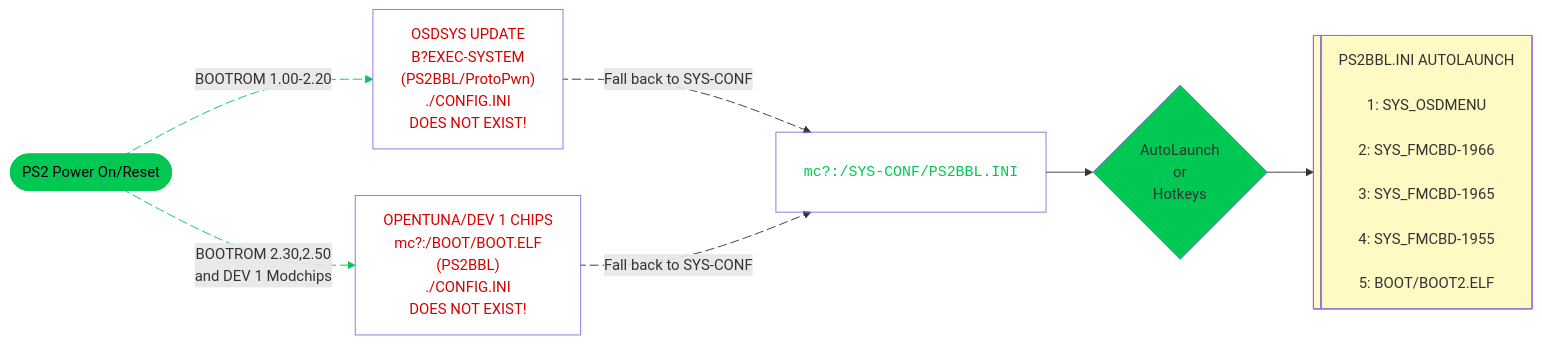
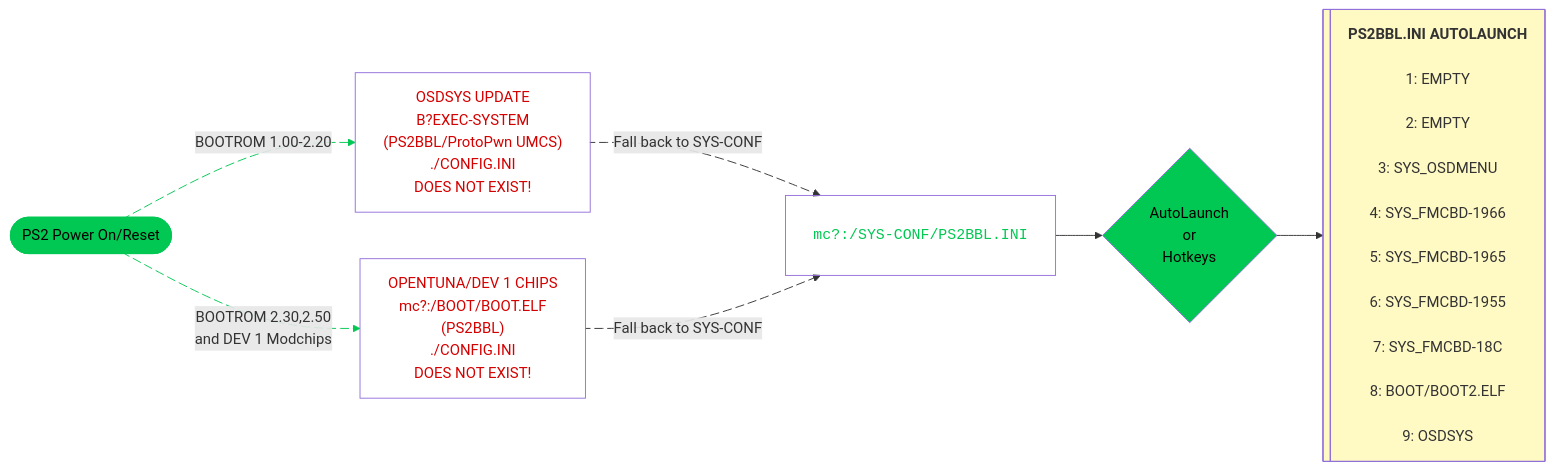
The diagram in docs/umcs/index.md (playerjmr/ps2homebrewstore), drawn with Mermaid before and after one commit. The commit also changed other lines of this file and 2 other files, not shown here.

````diff
--- a/docs/umcs/index.md
+++ b/docs/umcs/index.md
@@ -99,35 +99,35 @@
 ```mermaid
 ---
 config:
   theme: mc
   layout: elk.forced
   look: classic
 ---
 graph LR
-    A(["PS2 Power On/Reset"]) L_A_B_0@-- "BOOTROM 1.00-2.20" --> B["OSDSYS UPDATE<br>B?EXEC-SYSTEM<br>(PS2BBL/ProtoPwn)<br>./CONFIG.INI <br>DOES NOT EXIST!"]
+    A(["PS2 Power On/Reset"]) L_A_B_0@-- "BOOTROM 1.00-2.20" --> B["OSDSYS UPDATE<br>B?EXEC-SYSTEM<br>(PS2BBL/ProtoPwn UMCS)<br>./CONFIG.INI <br>DOES NOT EXIST!"]
     A L_A_n1_0@-- "BOOTROM 2.30,2.50<br>and DEV 1 Modchips" --> n1["OPENTUNA/DEV 1 CHIPS<br>mc?:/BOOT/BOOT.ELF<br>(PS2BBL)<br>./CONFIG.INI <br>DOES NOT EXIST!"]
     B L_B_n5_0@-- "Fall back to SYS-CONF" --> n5@{ label: "<pre style=\"font-family:\"><code style=\"font-family:\">mc?:/SYS-CONF/PS2BBL.INI</code></pre>" }
     n1 L_n1_n5_0@-- "Fall back to SYS-CONF" --> n5
     n5 --> n6["AutoLaunch<br>or<br>Hotkeys"]
-    n6 --> n7@{ label: "<span style=\"color:\">PS2BBL.INI AUTOLAUNCH</span><br style=\"color:\"><br style=\"color:\"><span style=\"color:\">1: SYS_OSDMENU</span><br style=\"color:\"><br style=\"color:\"><span style=\"color:\">2: SYS_FMCBD-1966</span><br style=\"color:\"><br style=\"color:\"><span style=\"color:\">3: SYS_FMCBD-1965</span><br style=\"color:\"><br style=\"color:\"><span style=\"color:\">4: SYS_FMCBD-1955</span><br style=\"color:\"><br style=\"color:\"><span style=\"color:\">5: BOOT/BOOT2.ELF</span>" }
+    n6 --> n7@{ label: "<span style=\"--tw-scale-x:\"><b><span style=\"--tw-scale-x:\">PS2BBL.INI AUTOLAUNCH</span><br style=\"--tw-scale-x:\"></b></span><br style=\"--tw-scale-x:\"><span style=\"background-color:\">1: EMPTY</span><br style=\"--tw-scale-x:\"><br style=\"--tw-scale-x:\"><span style=\"background-color:\">2: EMPTY</span><br style=\"--tw-scale-x:\"><br style=\"--tw-scale-x:\"><span style=\"--tw-scale-x:\">3: SYS_OSDMENU</span><br style=\"--tw-scale-x:\"><br style=\"--tw-scale-x:\"><span style=\"--tw-scale-x:\">4: SYS_FMCBD-1966</span><br style=\"--tw-scale-x:\"><br style=\"--tw-scale-x:\"><span style=\"--tw-scale-x:\">5: SYS_FMCBD-1965</span><br style=\"--tw-scale-x:\"><br style=\"--tw-scale-x:\"><span style=\"--tw-scale-x:\">6: SYS_FMCBD-1955<br style=\"--tw-scale-x:\"></span><br style=\"--tw-scale-x:\"><span style=\"background-color:\">7: SYS_FMCBD-18C</span><br style=\"--tw-scale-x:\"><br style=\"--tw-scale-x:\"><span style=\"--tw-scale-x:\">8: BOOT/BOOT2.ELF<br style=\"--tw-scale-x:\"><br style=\"--tw-scale-x:\">9: OSDSYS</span>" }
     B@{ shape: rect}
     n1@{ shape: rect}
     n5@{ shape: proc}
     n6@{ shape: diam}
     n7@{ shape: lin-proc}
      A:::Ash
     classDef Ash stroke-width:1px, stroke-dasharray:none, stroke:#999999, fill:#EEEEEE, color:#000000
     style A stroke:#00C853,fill:#00C853,color:none
     style B color:#D50000,fill:transparent
     style n1 color:#D50000,fill:transparent
     style n5 fill:transparent,color:#00C853
-    style n6 fill:#00C853
+    style n6 fill:#00C853,color:#000000
     style n7 fill:#FFF9C4
     linkStyle 0 stroke:#00C853,fill:none
     linkStyle 1 stroke:#00C853,fill:none
     L_A_B_0@{ animation: slow } 
     L_A_n1_0@{ animation: slow } 
     L_B_n5_0@{ animation: slow } 
     L_n1_n5_0@{ animation: slow }
 
 ```
````
